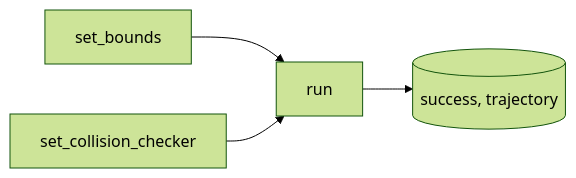
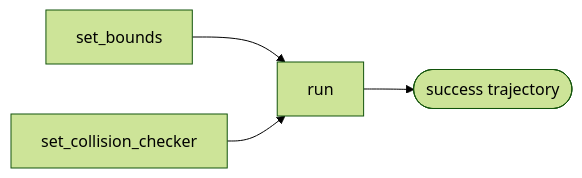
The first of 2 diagrams in src/robot_manager/utils/README.md (SeonilChoi/robot_manager), drawn with Mermaid (forest theme) before and after one commit. The commit also changed other lines of this file and 9 other files, not shown here.

````diff
--- a/src/robot_manager/utils/README.md
+++ b/src/robot_manager/utils/README.md
@@ -5,6 +5,6 @@
 ```mermaid
 flowchart LR
   set_bounds --> run
   set_collision_checker --> run
-  run --> success[(success, trajectory)]
+  run --> out([success trajectory])
 ```
````
